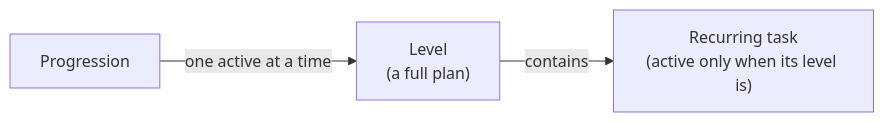
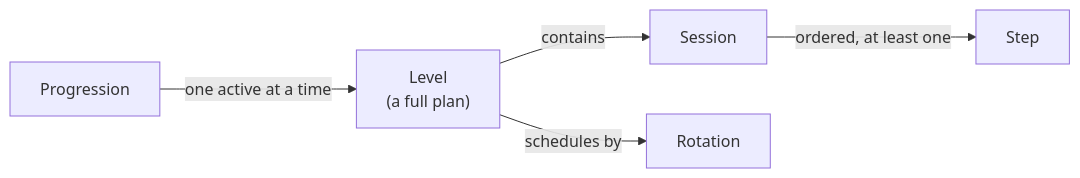
Before and after one commit to adam-edison/run-my-day-app: the second of 5 diagrams in docs/domain-model.md, drawn with Mermaid. The commit also changed other lines of this file and 1 other file, not shown here.

````diff
--- a/docs/domain-model.md
+++ b/docs/domain-model.md
@@ -23,5 +23,7 @@
 ```mermaid
 flowchart LR
     Progression -->|one active at a time| Level["Level<br/>(a full plan)"]
-    Level -->|contains| Task["Recurring task<br/>(active only when its level is)"]
+    Level -->|contains| Session
+    Level -->|schedules by| Rotation
+    Session -->|ordered, at least one| Step
 ```
````
